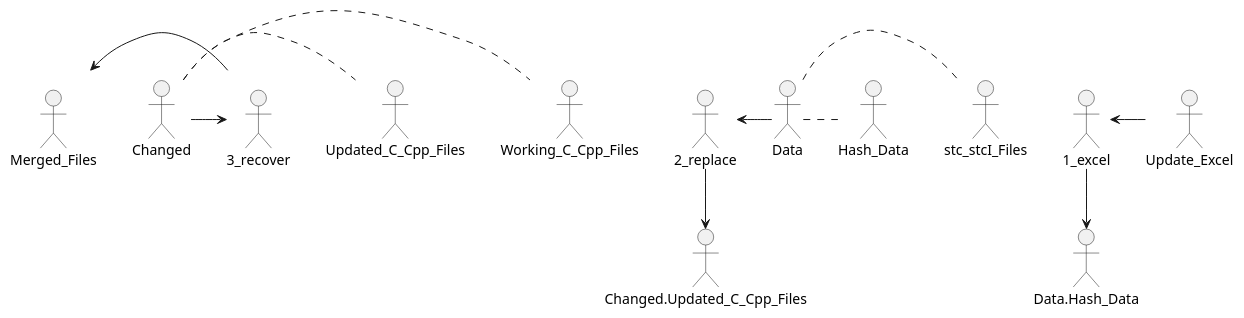
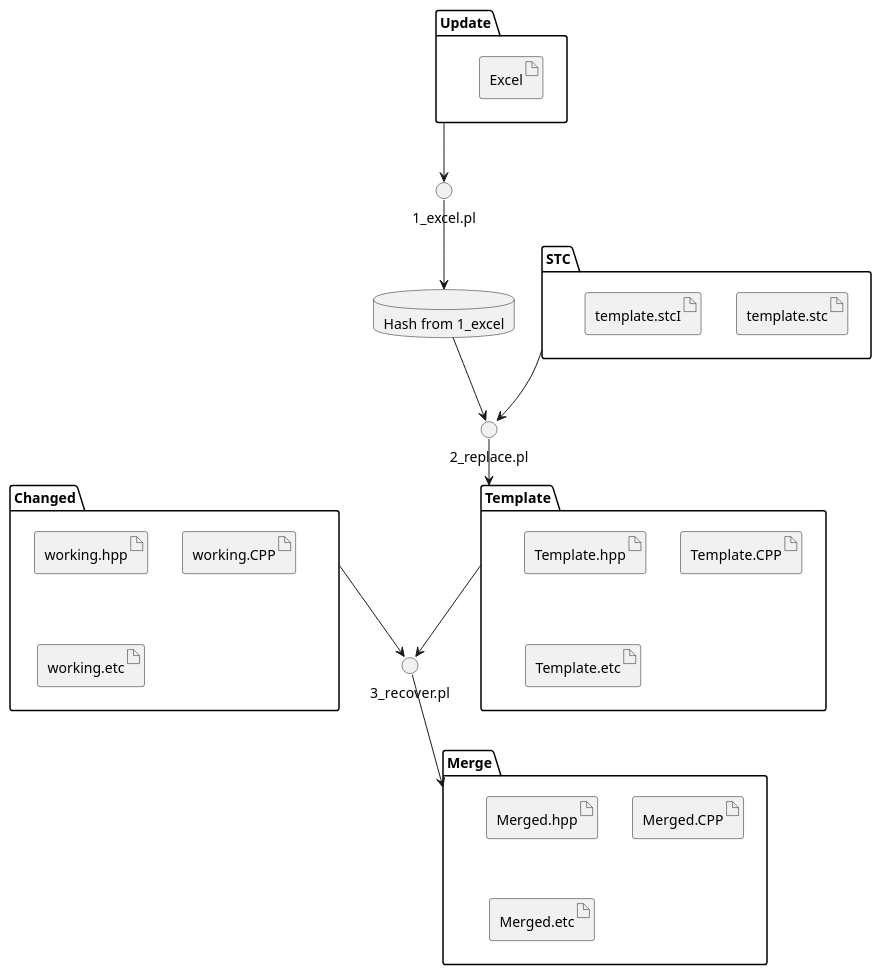
Before and after one commit to 1434cga/CGA_RDL: the second of 2 diagrams in README.md, drawn with PlantUML.

Commit message:
change the process flow

````diff
--- a/README.md
+++ b/README.md
@@ -118,23 +118,44 @@
 ```puml
 @startuml
-Update_Excel << (D,#0F0FFF) >>
-Data.stc_stcI_Files << (D,#FFFFFF) >>
-Data.Hash_Data << (D,#FFFFFF) >>
-Changed.Working_C_Cpp_Files << (D,#0F0FFF) >>
-Changed.Updated_C_Cpp_Files << (D,#0F0FFF) >>
-Merged_Files << (D,#0F0FFF) >>
+folder Update {
+  artifact Excel
+}
 
-1_excel << (E,#00FFFF) >>
-2_replace << (E,#00FFFF) >>
-3_recover << (E,#00FFFF) >>
+folder STC {
+	artifact template.stc
+	artifact template.stcI
+}
+ 
+folder Template {
+	artifact Template.hpp
+	artifact Template.CPP
+	artifact Template.etc
+}
 
-Update_Excel -left-> 1_excel
-1_excel -down-> Data.Hash_Data
-Data -left-> 2_replace
-'Data.Hash_Data -down-> 2_replace
-2_replace -down-> Changed.Updated_C_Cpp_Files
-Changed -right-> 3_recover
-'3_recover -right-> Changed
-3_recover -left-> Merged_Files
+database Hash_Data [
+Hash from 1_excel
+]
+
+folder Changed {
+	artifact working.hpp
+	artifact working.CPP
+	artifact working.etc
+}
+
+folder Merge {
+	artifact Merged.hpp
+	artifact Merged.CPP
+	artifact Merged.etc
+}
+
+
+Update -down-> 1_excel.pl
+1_excel.pl -down-> Hash_Data
+STC -down-> 2_replace.pl
+Hash_Data -down-> 2_replace.pl
+2_replace.pl -down-> Template
+Template -down-> 3_recover.pl
+Changed -down-> 3_recover.pl
+3_recover.pl -down-> Merge
 @enduml
 ```
````
